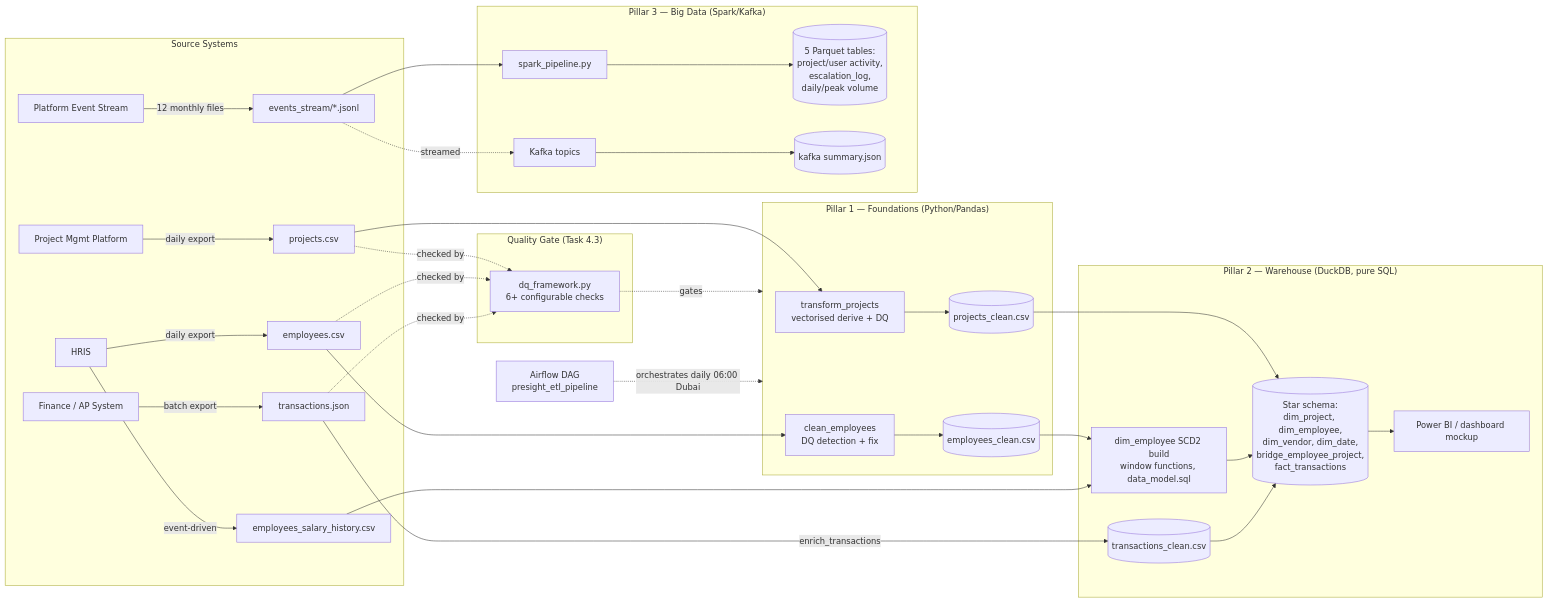
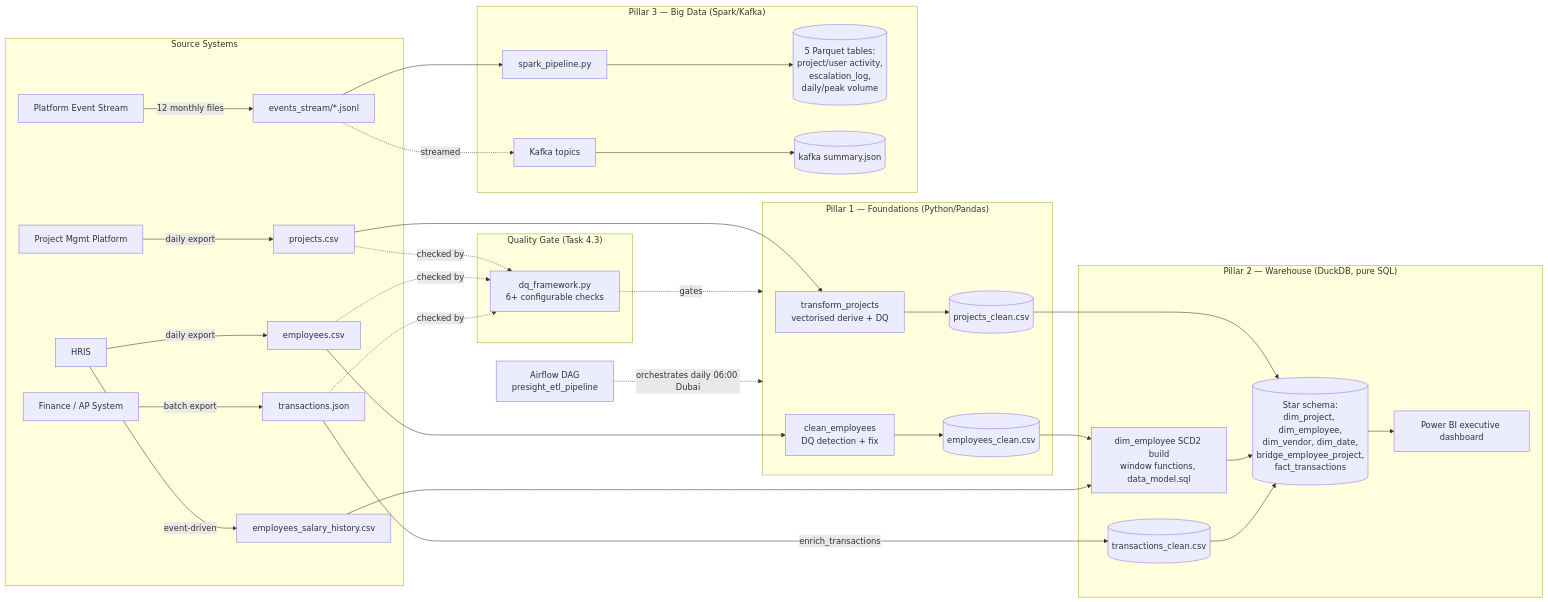
Before and after one commit to baijumohan/stackup-engineering-academy_assessment: the diagram in solutions/submissions/baiju_mohan/04_infrastructure/data_governance.md, drawn with Mermaid. The commit also changed 23 other files, not shown here.

````diff
--- a/solutions/submissions/baiju_mohan/04_infrastructure/data_governance.md
+++ b/solutions/submissions/baiju_mohan/04_infrastructure/data_governance.md
@@ -130,45 +130,45 @@
 ```mermaid
 flowchart LR
     subgraph Sources["Source Systems"]
         PM[Project Mgmt Platform] -->|daily export| projRaw[projects.csv]
         HRIS[HRIS] -->|daily export| empRaw[employees.csv]
         HRIS -->|event-driven| histRaw[employees_salary_history.csv]
         AP[Finance / AP System] -->|batch export| txnRaw[transactions.json]
         Events[Platform Event Stream] -->|12 monthly files| evtRaw[events_stream/*.jsonl]
     end
 
     subgraph Pillar1["Pillar 1 — Foundations (Python/Pandas)"]
         projRaw --> T1[transform_projects\nvectorised derive + DQ]
         empRaw --> T2[clean_employees\nDQ detection + fix]
         T1 --> projClean[(projects_clean.csv)]
         T2 --> empClean[(employees_clean.csv)]
     end
 
     subgraph Pillar2["Pillar 2 — Warehouse (DuckDB, pure SQL)"]
         projClean --> WH[(Star schema:\ndim_project, dim_employee,\ndim_vendor, dim_date,\nbridge_employee_project,\nfact_transactions)]
         empClean --> SCD[dim_employee SCD2 build\nwindow functions, data_model.sql]
         histRaw --> SCD
         SCD --> WH
         txnRaw -->|enrich_transactions| txnClean[(transactions_clean.csv)]
         txnClean --> WH
-        WH --> BI[Power BI / dashboard mockup]
+        WH --> BI[Power BI executive dashboard]
     end
 
     subgraph Pillar3["Pillar 3 — Big Data (Spark/Kafka)"]
         evtRaw --> Spark[spark_pipeline.py]
         Spark --> AggT[(5 Parquet tables:\nproject/user activity,\nescalation_log,\ndaily/peak volume)]
         evtRaw -.->|streamed| Kafka[Kafka topics]
         Kafka --> KOut[(kafka summary.json)]
     end
 
     subgraph DQ["Quality Gate (Task 4.3)"]
         DQF[dq_framework.py\n6+ configurable checks]
     end
 
     projRaw -.checked by.-> DQF
     empRaw -.checked by.-> DQF
     txnRaw -.checked by.-> DQF
     DQF -.gates.-> Pillar1
 
     Orchestrator[Airflow DAG\npresight_etl_pipeline] -.orchestrates daily 06:00 Dubai.-> Pillar1
 ```
````
